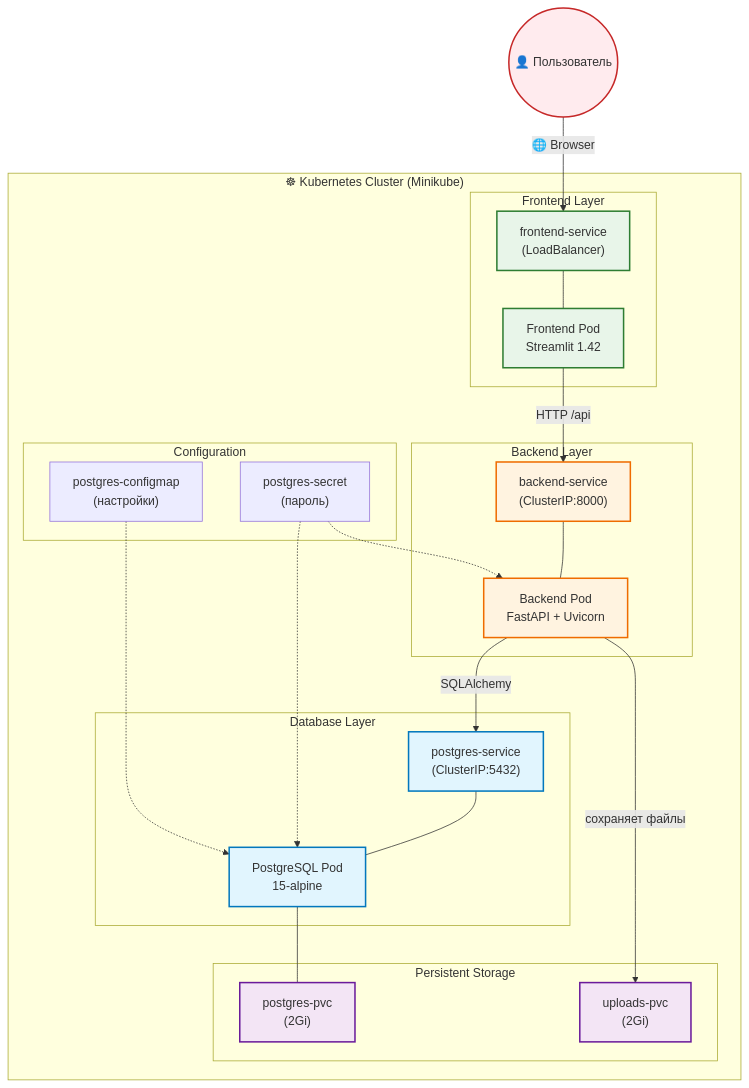
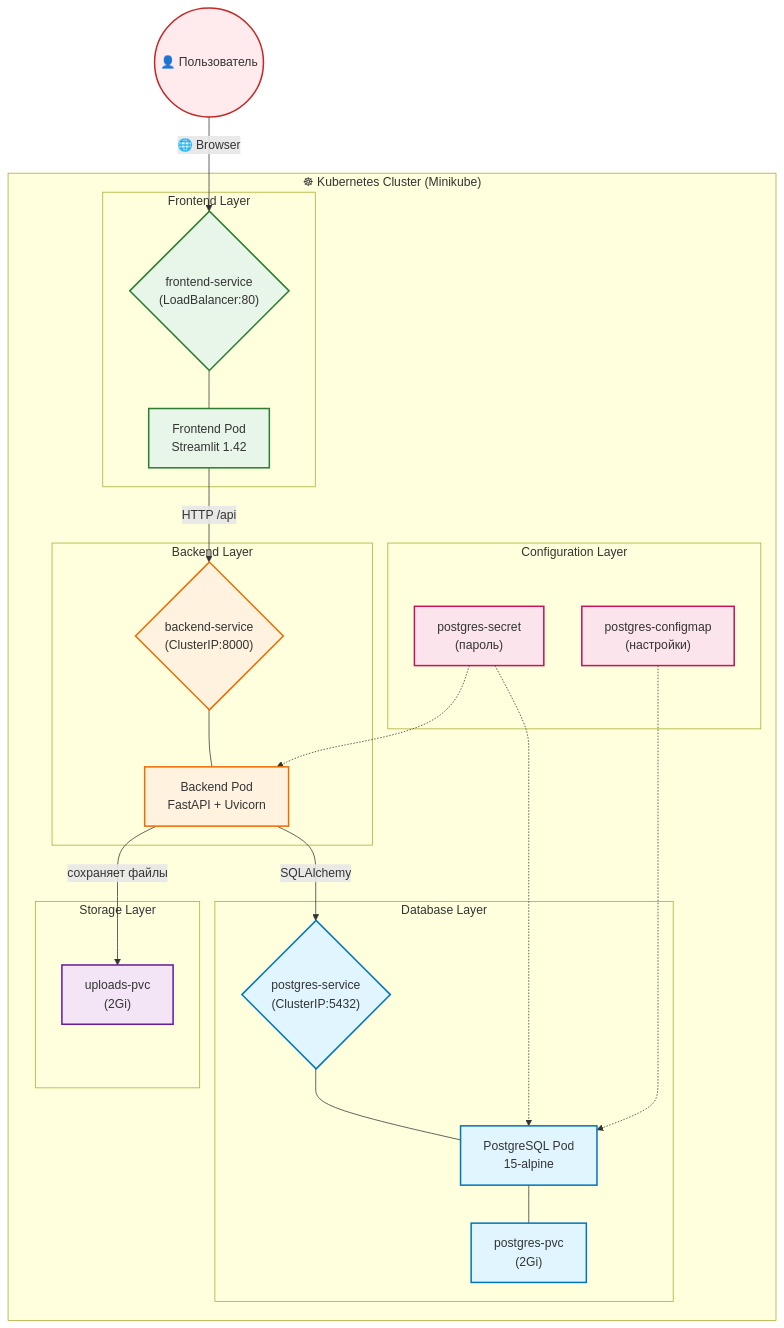
One commit to AlinaSabitova/Analytics-docker-labs changed the second of 2 diagrams in lab4/Lab4.md. Above: the diagram before and after it, drawn with Mermaid.

````diff
--- a/lab4/Lab4.md
+++ b/lab4/Lab4.md
@@ -95,60 +95,62 @@
 ```mermaid
 graph TD
     classDef user fill:#ffebee,stroke:#c62828,stroke-width:2px
     classDef frontend fill:#e8f5e9,stroke:#2e7d32,stroke-width:2px
     classDef backend fill:#fff3e0,stroke:#ef6c00,stroke-width:2px
-    classDef db fill:#e1f5fe,stroke:#0277bd,stroke-width:2px
+    classDef database fill:#e1f5fe,stroke:#0277bd,stroke-width:2px
     classDef storage fill:#f3e5f5,stroke:#6a1b9a,stroke-width:2px
+    classDef config fill:#fce4ec,stroke:#c2185b,stroke-width:2px
 
     User(("👤 Пользователь")) -->|"🌐 Browser"| FrontendSVC
 
     subgraph K8s ["☸ Kubernetes Cluster (Minikube)"]
         
         subgraph FE ["Frontend Layer"]
-            FrontendSVC["frontend-service\n(LoadBalancer)"]
+            FrontendSVC{"frontend-service\n(LoadBalancer:80)"}
             FrontendPod["Frontend Pod\nStreamlit 1.42"]
         end
 
         subgraph BE ["Backend Layer"]
-            BackendSVC["backend-service\n(ClusterIP:8000)"]
+            BackendSVC{"backend-service\n(ClusterIP:8000)"}
             BackendPod["Backend Pod\nFastAPI + Uvicorn"]
         end
 
         subgraph DB ["Database Layer"]
-            PostgresSVC["postgres-service\n(ClusterIP:5432)"]
+            PostgresSVC{"postgres-service\n(ClusterIP:5432)"}
             PostgresPod["PostgreSQL Pod\n15-alpine"]
+            PostgresPVC["postgres-pvc\n(2Gi)"]
         end
 
-        subgraph Storage ["Persistent Storage"]
-            PostgresPVC["postgres-pvc\n(2Gi)"]
+        subgraph ST ["Storage Layer"]
             UploadsPVC["uploads-pvc\n(2Gi)"]
         end
 
-        subgraph Config ["Configuration"]
+        subgraph CF ["Configuration Layer"]
             Secret["postgres-secret\n(пароль)"]
             ConfigMap["postgres-configmap\n(настройки)"]
         end
     end
 
     %% Связи
     FrontendSVC --- FrontendPod
     FrontendPod -->|"HTTP /api"| BackendSVC
     
     BackendSVC --- BackendPod
     BackendPod -->|"SQLAlchemy"| PostgresSVC
     BackendPod -->|"сохраняет файлы"| UploadsPVC
     
     PostgresSVC --- PostgresPod
     PostgresPod --- PostgresPVC
     
     Secret -.-> PostgresPod
     Secret -.-> BackendPod
     ConfigMap -.-> PostgresPod
 
     %% Стили
     class User user
     class FrontendSVC,FrontendPod frontend
     class BackendSVC,BackendPod backend
-    class PostgresSVC,PostgresPod db
-    class PostgresPVC,UploadsPVC storage
+    class PostgresSVC,PostgresPod,PostgresPVC database
+    class UploadsPVC storage
+    class Secret,ConfigMap config
 ```
````
